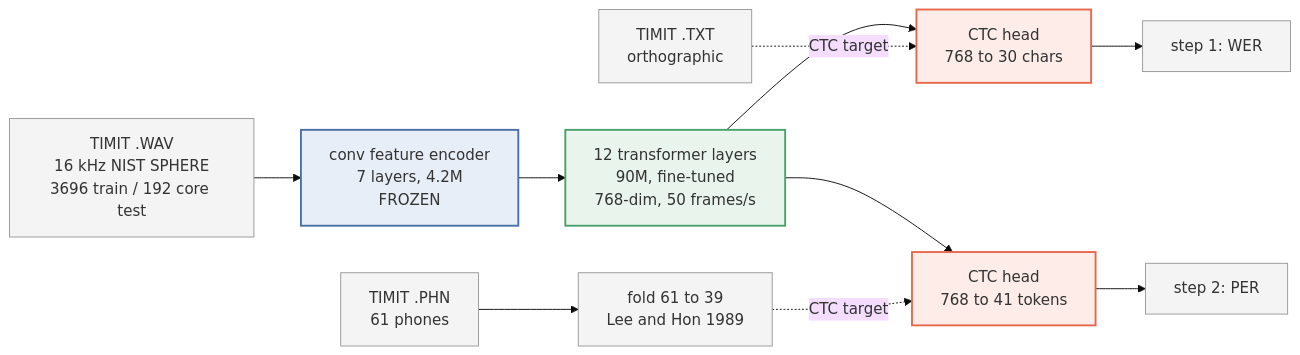
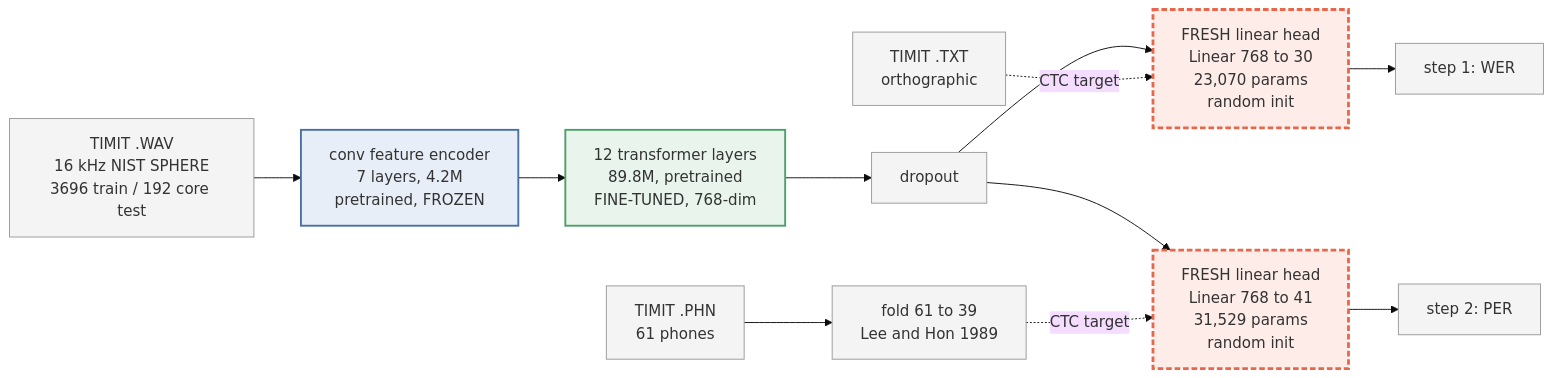
The diagram in wav2vec2_fine_tune/diagrams/wav2vec2-timit-two-heads.mmd (cozec/asr), drawn with Mermaid (base theme) before and after one commit. The commit also changed 4 other files, not shown here.

First line of the commit message:
wav2vec2_fine_tune: show the fresh linear head in the diagram

```diff
--- a/wav2vec2_fine_tune/diagrams/wav2vec2-timit-two-heads.mmd
+++ b/wav2vec2_fine_tune/diagrams/wav2vec2-timit-two-heads.mmd
@@ -1,33 +1,35 @@
 graph LR
     WAV["TIMIT .WAV<br>16 kHz NIST SPHERE<br>3696 train / 192 core test"]
     TXT["TIMIT .TXT<br>orthographic"]
     PHN["TIMIT .PHN<br>61 phones"]
     FOLD["fold 61 to 39<br>Lee and Hon 1989"]
 
-    CONV["conv feature encoder<br>7 layers, 4.2M<br>FROZEN"]
-    TRF["12 transformer layers<br>90M, fine-tuned<br>768-dim, 50 frames/s"]
+    CONV["conv feature encoder<br>7 layers, 4.2M<br>pretrained, FROZEN"]
+    TRF["12 transformer layers<br>89.8M, pretrained<br>FINE-TUNED, 768-dim"]
+    DROP["dropout"]
 
-    H1["CTC head<br>768 to 30 chars"]
-    H2["CTC head<br>768 to 41 tokens"]
+    H1["FRESH linear head<br>Linear 768 to 30<br>23,070 params<br>random init"]
+    H2["FRESH linear head<br>Linear 768 to 41<br>31,529 params<br>random init"]
 
     WER["step 1: WER"]
     PER["step 2: PER"]
 
     WAV --> CONV
     CONV --> TRF
-    TRF --> H1
-    TRF --> H2
+    TRF --> DROP
+    DROP --> H1
+    DROP --> H2
     H1 --> WER
     H2 --> PER
     TXT -. "CTC target" .-> H1
     PHN --> FOLD
     FOLD -. "CTC target" .-> H2
 
     classDef frozen fill:#e8eef8,stroke:#4a6fa5,stroke-width:2px
     classDef tuned fill:#e9f5ec,stroke:#4aa06a,stroke-width:2px
-    classDef head fill:#fdece8,stroke:#e8674a,stroke-width:2px
+    classDef fresh fill:#fdece8,stroke:#e8674a,stroke-width:3px,stroke-dasharray:6 3
     classDef data fill:#f4f4f4,stroke:#999999
     class CONV frozen
     class TRF tuned
-    class H1,H2 head
-    class WAV,TXT,PHN,FOLD,WER,PER data
+    class H1,H2 fresh
+    class WAV,TXT,PHN,FOLD,WER,PER,DROP data
```
